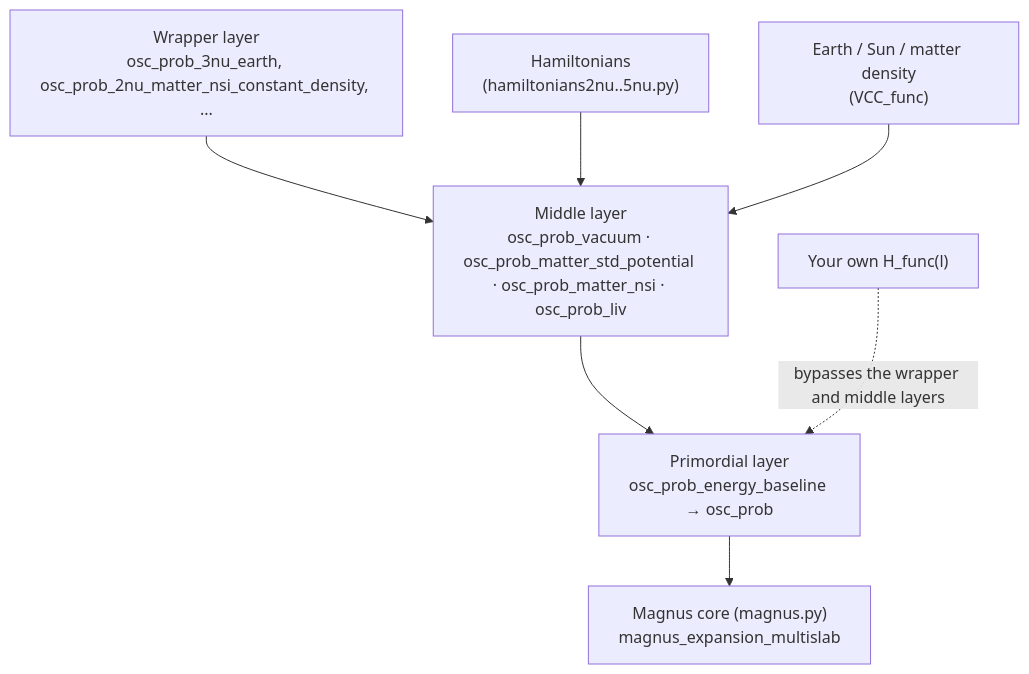
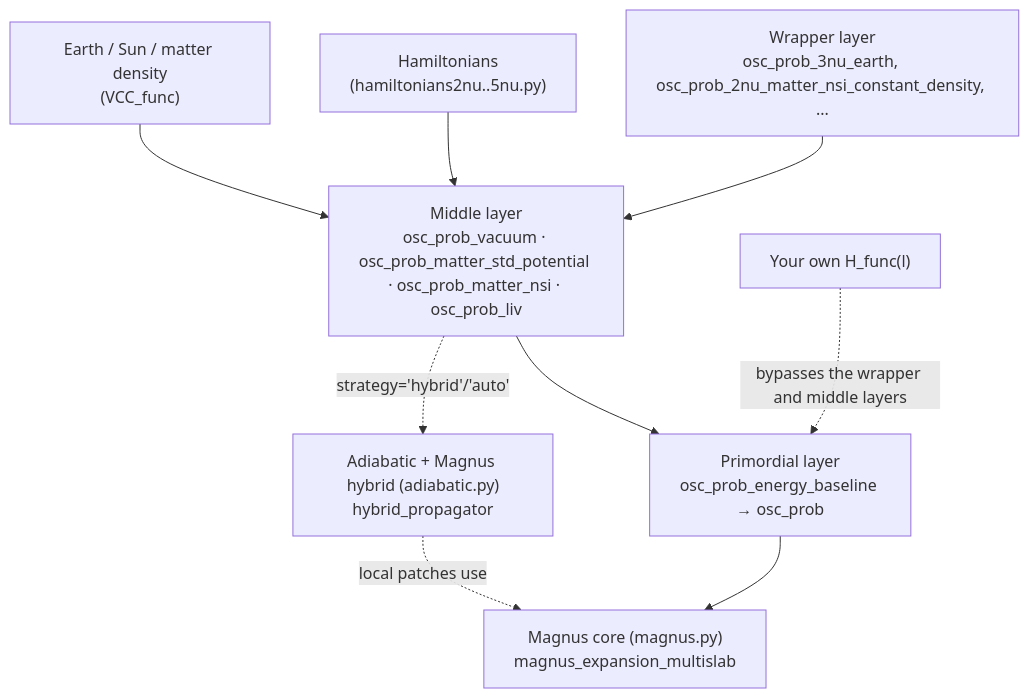
Before and after one commit to mbustama/Magnus: the diagram in README.md, drawn with Mermaid. The commit also changed other lines of this file and 16 other files, not shown here.

First line of the commit message:
Add adiabatic + Magnus hybrid strategy for extreme accumulated phases

````diff
--- a/README.md
+++ b/README.md
@@ -375,15 +420,18 @@
 ```mermaid
 flowchart TD
     W["Wrapper layer<br/>osc_prob_3nu_earth, osc_prob_2nu_matter_nsi_constant_density, ..."]
     M["Middle layer<br/>osc_prob_vacuum · osc_prob_matter_std_potential · osc_prob_matter_nsi · osc_prob_liv"]
     P["Primordial layer<br/>osc_prob_energy_baseline → osc_prob"]
     K["Magnus core (magnus.py)<br/>magnus_expansion_multislab"]
+    A["Adiabatic + Magnus hybrid (adiabatic.py)<br/>hybrid_propagator"]
     H["Hamiltonians<br/>(hamiltonians2nu..5nu.py)"]
     E["Earth / Sun / matter density<br/>(VCC_func)"]
     U["Your own H_func(l)"]
 
     W --> M --> P --> K
+    M -. "strategy='hybrid'/'auto'" .-> A
+    A -. local patches use .-> K
     H --> M
     E --> M
     U -. bypasses the wrapper and middle layers .-> P
 ```
````
